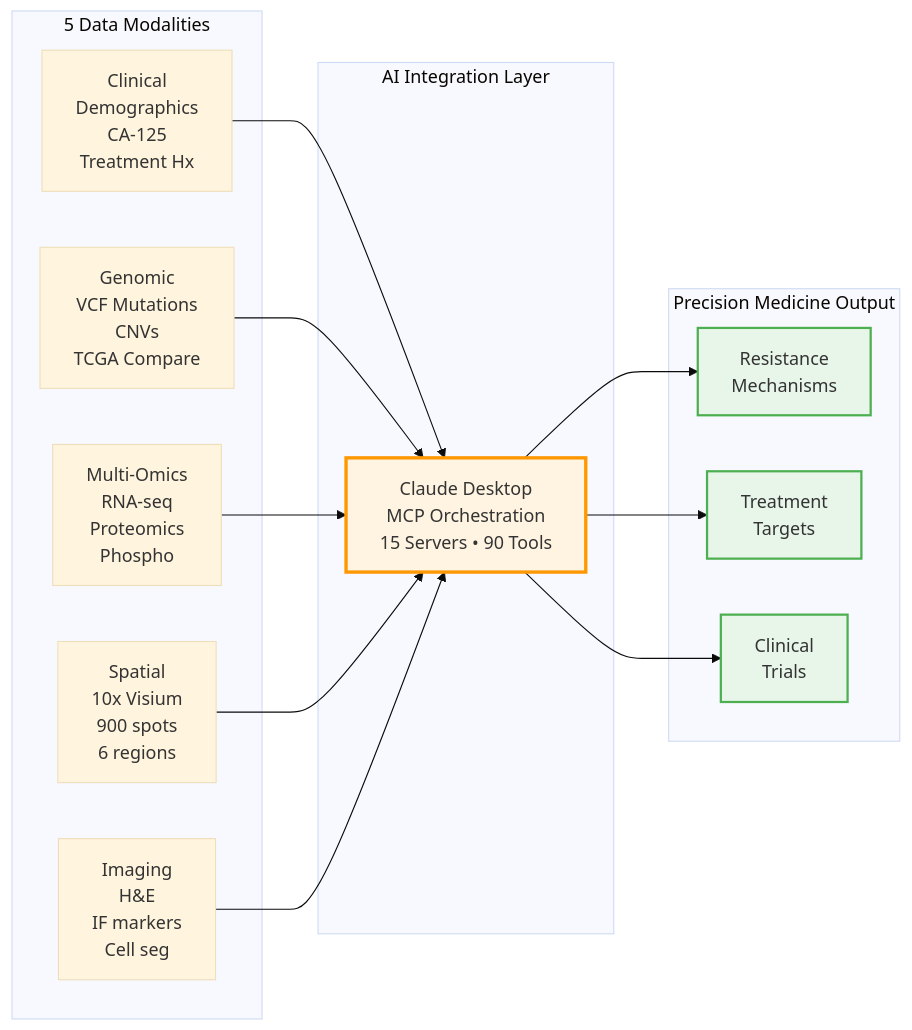
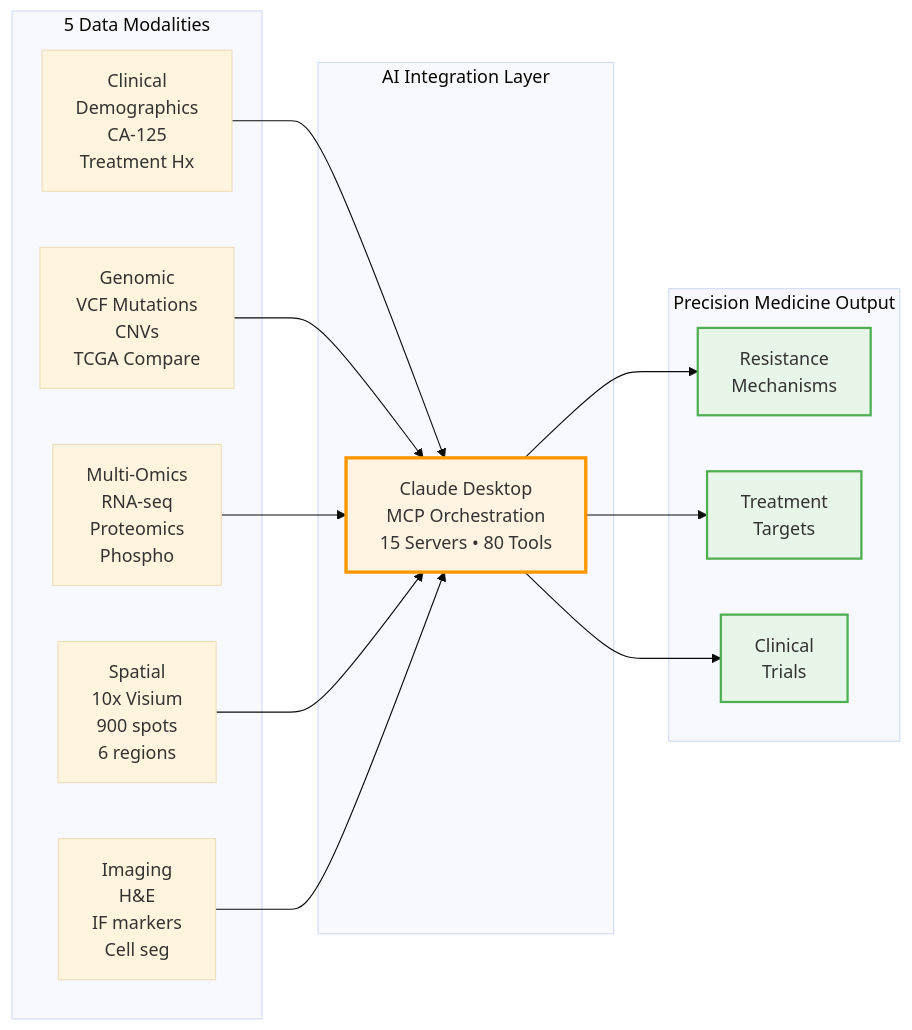
One commit to raymond301/precision-medicine-mcp changed the diagram in docs/reference/testing/patient-one/overview.md. Above: the diagram before and after it, drawn with Mermaid (base theme). The commit also changed other lines of this file and 15 other files, not shown here.

````diff
--- a/docs/reference/testing/patient-one/overview.md
+++ b/docs/reference/testing/patient-one/overview.md
@@ -11,35 +11,35 @@
 ```mermaid
 flowchart LR
     subgraph Input["5 Data Modalities"]
         CLIN[Clinical<br/>Demographics<br/>CA-125<br/>Treatment Hx]
         GEN[Genomic<br/>VCF Mutations<br/>CNVs<br/>TCGA Compare]
         OMICS[Multi-Omics<br/>RNA-seq<br/>Proteomics<br/>Phospho]
         SPAT[Spatial<br/>10x Visium<br/>900 spots<br/>6 regions]
         IMG[Imaging<br/>H&E<br/>IF markers<br/>Cell seg]
     end
 
     subgraph Integration["AI Integration Layer"]
-        CLAUDE[Claude Desktop<br/>MCP Orchestration<br/>15 Servers • 90 Tools]
+        CLAUDE[Claude Desktop<br/>MCP Orchestration<br/>15 Servers • 80 Tools]
     end
 
     subgraph Output["Precision Medicine Output"]
         RES[Resistance<br/>Mechanisms]
         TARGETS[Treatment<br/>Targets]
         TRIALS[Clinical<br/>Trials]
     end
 
     CLIN --> CLAUDE
     GEN --> CLAUDE
     OMICS --> CLAUDE
     SPAT --> CLAUDE
     IMG --> CLAUDE
 
     CLAUDE --> RES
     CLAUDE --> TARGETS
     CLAUDE --> TRIALS
 
     style CLAUDE fill:#fff4e1,stroke:#ff9800,stroke-width:3px
     style RES fill:#e8f5e9,stroke:#4caf50,stroke-width:2px
     style TARGETS fill:#e8f5e9,stroke:#4caf50,stroke-width:2px
     style TRIALS fill:#e8f5e9,stroke:#4caf50,stroke-width:2px
 ```
````
